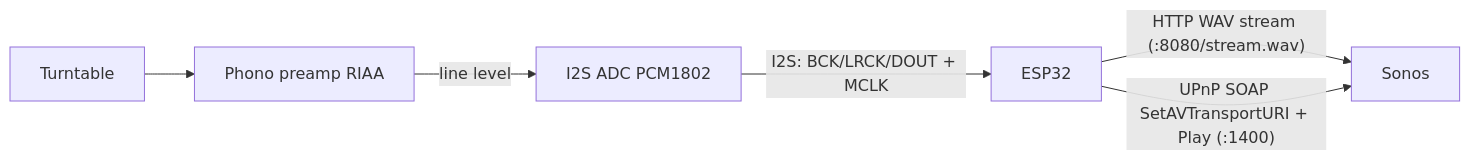
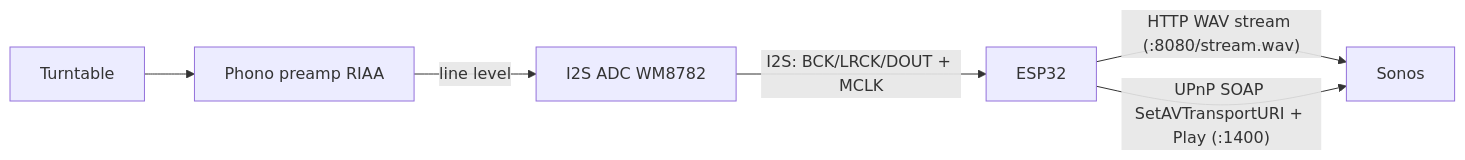
The diagram in README.md (Giorgiofox/ESP32SonosStreamer), drawn with Mermaid before and after one commit. The commit also changed other lines of this file and 1 other file, not shown here.

First line of the commit message:
docs: choose WM8782 as the ADC (over PCM1802)

````diff
--- a/README.md
+++ b/README.md
@@ -35,8 +35,8 @@
 ```mermaid
 flowchart LR
     TT[Turntable] --> PRE[Phono preamp RIAA]
-    PRE -->|line level| ADC[I2S ADC PCM1802]
+    PRE -->|line level| ADC[I2S ADC WM8782]
     ADC -->|I2S: BCK/LRCK/DOUT + MCLK| ESP[ESP32]
     ESP -->|"HTTP WAV stream (:8080/stream.wav)"| SONOS[Sonos]
     ESP -->|"UPnP SOAP SetAVTransportURI + Play (:1400)"| SONOS
 ```
````
